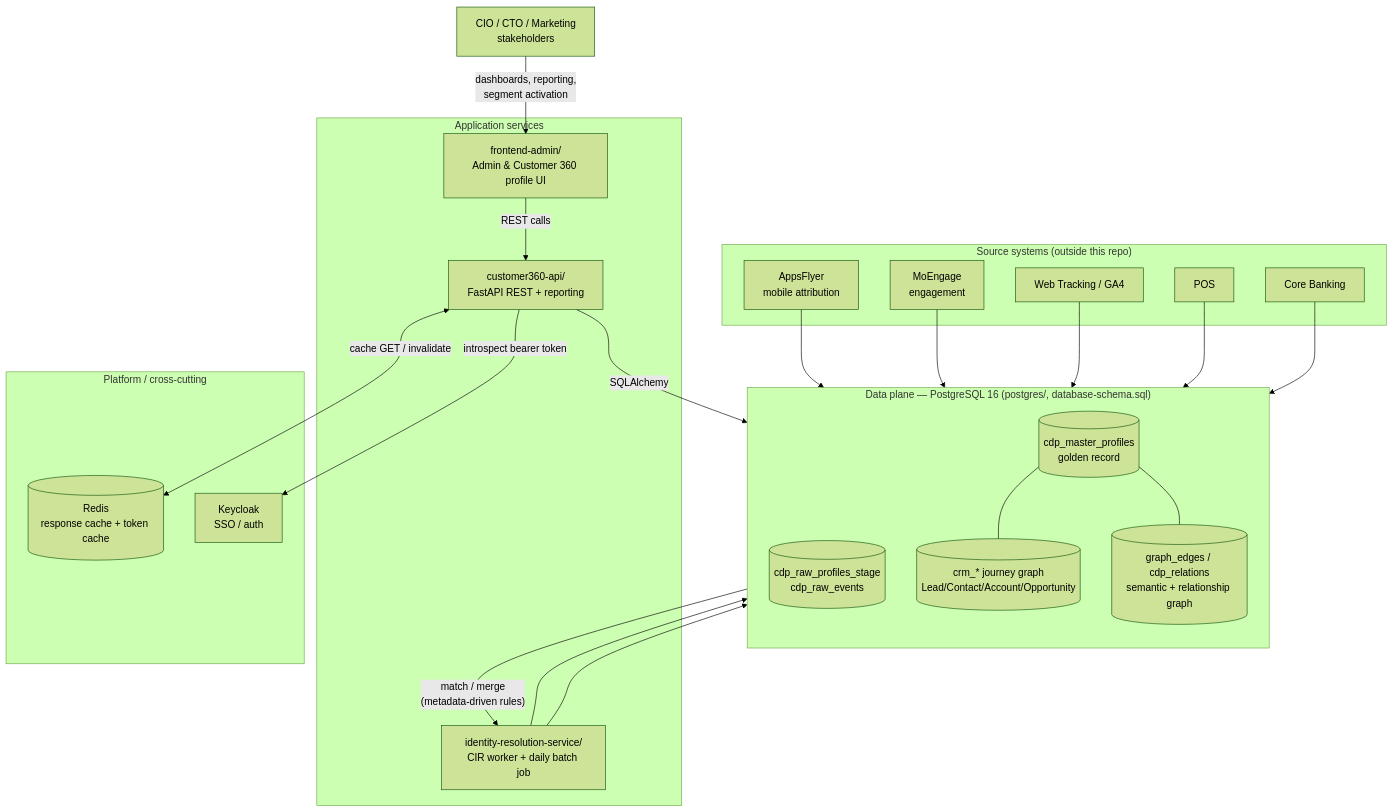
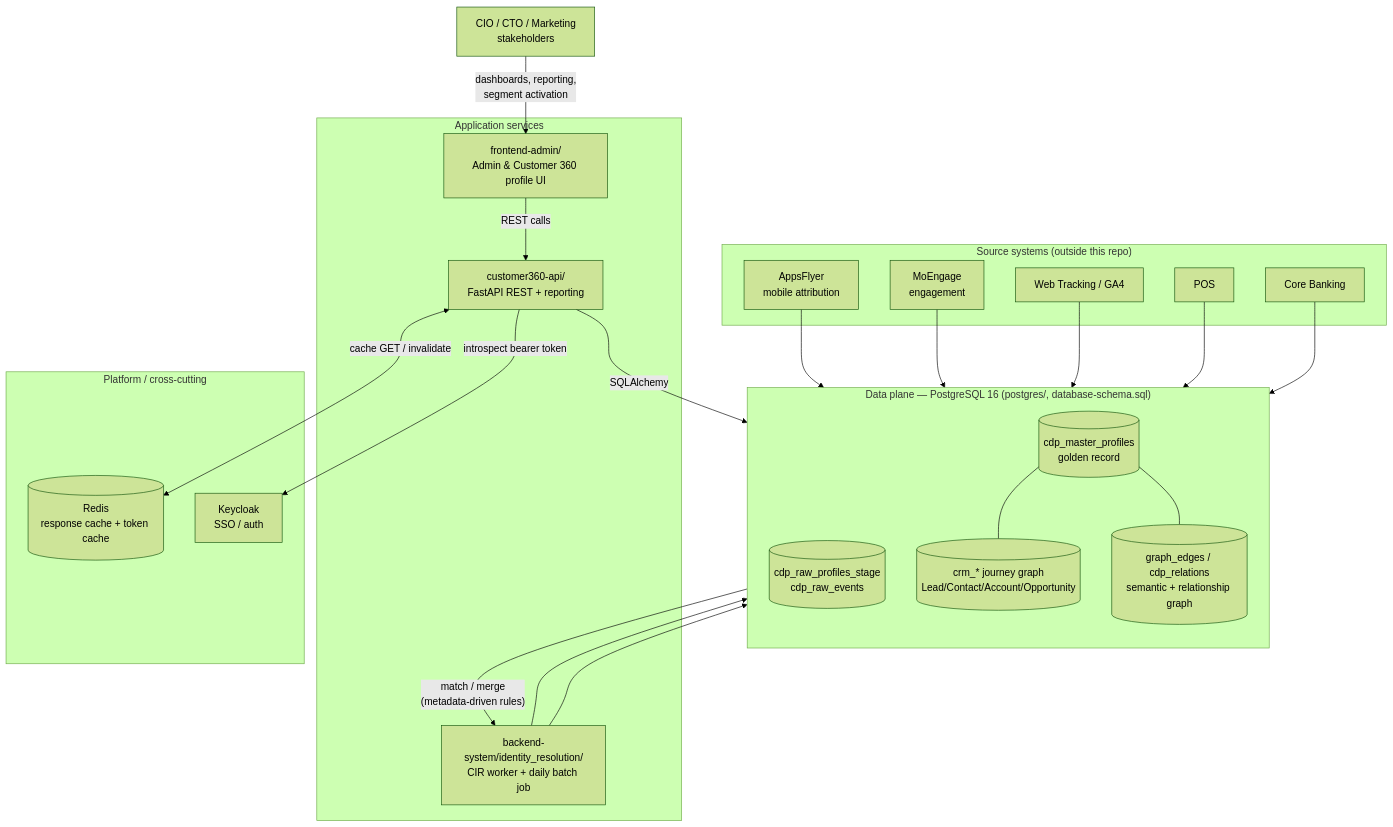
Before and after one commit to LEO-CDP/leo-customer360: the first of 2 diagrams in README.md, drawn with Mermaid (forest theme). The commit also changed other lines of this file and 39 other files, not shown here.

Commit message:
rename folder identity-resolution-service into backend-system

````diff
--- a/README.md
+++ b/README.md
@@ -80,49 +80,49 @@
 ```mermaid
 flowchart TB
     subgraph SOURCES["Source systems (outside this repo)"]
         AF[AppsFlyer\nmobile attribution]
         ME[MoEngage\nengagement]
         WT[Web Tracking / GA4]
         POS[POS]
         CB[Core Banking]
     end
 
     subgraph DATA["Data plane — PostgreSQL 16 (postgres/, database-schema.sql)"]
         direction TB
         RAW[(cdp_raw_profiles_stage\ncdp_raw_events)]
         MASTER[(cdp_master_profiles\ngolden record)]
         CRM[(crm_* journey graph\nLead/Contact/Account/Opportunity)]
         GRAPH[(graph_edges / cdp_relations\nsemantic + relationship graph)]
     end
 
     subgraph SERVICES["Application services"]
-        CIR["identity-resolution-service/\nCIR worker + daily batch job"]
+        CIR["backend-system/identity_resolution/\nCIR worker + daily batch job"]
         API["customer360-api/\nFastAPI REST + reporting"]
         UI["frontend-admin/\nAdmin & Customer 360 profile UI"]
     end
 
     subgraph PLATFORM["Platform / cross-cutting"]
         REDIS[(Redis\nresponse cache + token cache)]
         KC[Keycloak\nSSO / auth]
     end
 
     AF --> RAW
     ME --> RAW
     WT --> RAW
     POS --> RAW
     CB --> RAW
 
     RAW -- "match / merge\n(metadata-driven rules)" --> CIR
     CIR --> MASTER
     CIR --> RAW
 
     MASTER --- CRM
     MASTER --- GRAPH
 
     API -- "SQLAlchemy" --> DATA
     API <-- "cache GET / invalidate" --> REDIS
     API -- "introspect bearer token" --> KC
     UI -- "REST calls" --> API
 
     CIO_CTO["CIO / CTO / Marketing\nstakeholders"] -- "dashboards, reporting,\nsegment activation" --> UI
 ```
````
